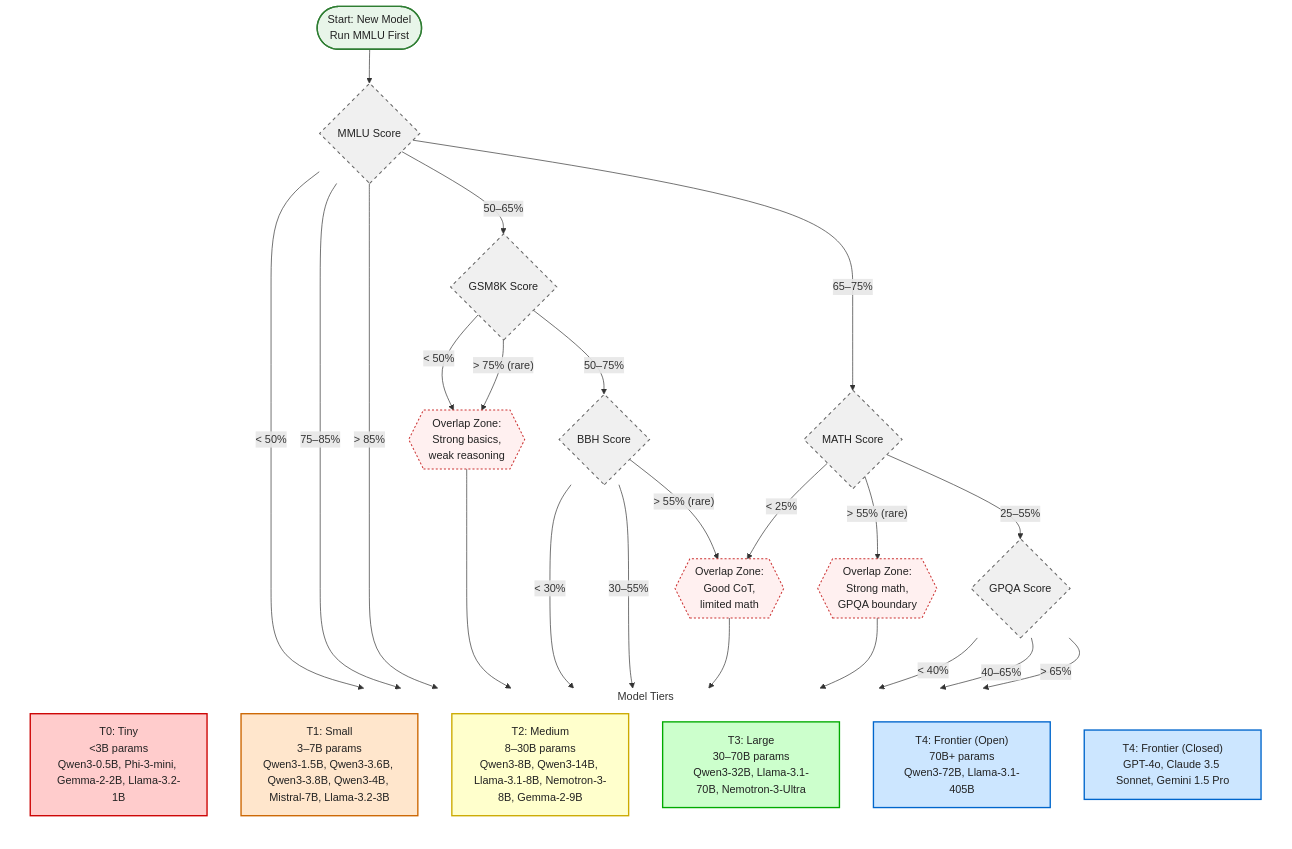
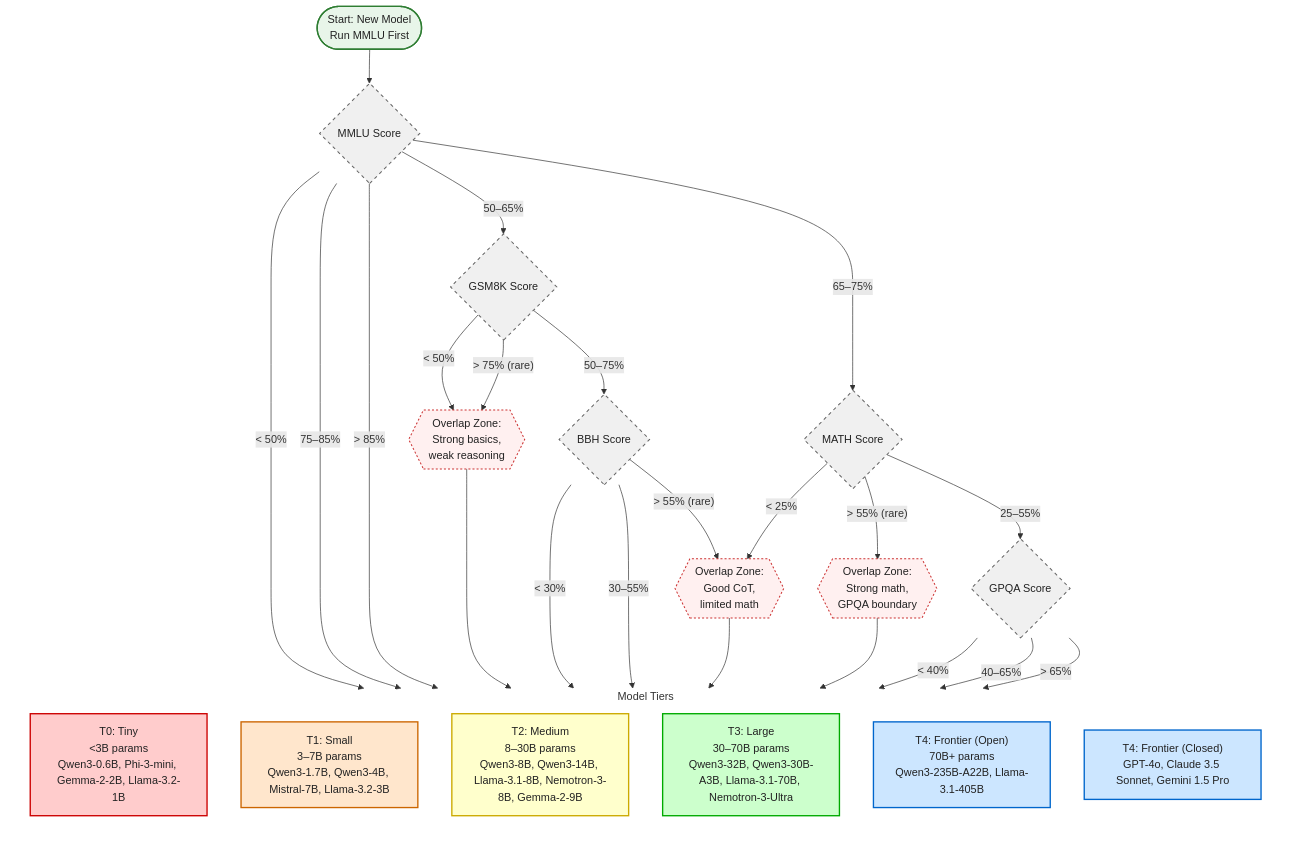
The first of 2 diagrams in llm-reasoning-benchmarks.md (cjl4hd/engineering-flow-charts), drawn with Mermaid before and after one commit. The commit also changed other lines of this file, not shown here.

Commit message:
Fix Qwen models: remove incorrect 3.6B/3.8B, add actual Qwen3.6/Qwen3.8 multimodal series info, correct Qwen3 sizes (0.6B, 1.7B, 4B, 8B, 14B, 32B, 30B-A3B, 235B-A22B)

````diff
--- a/llm-reasoning-benchmarks.md
+++ b/llm-reasoning-benchmarks.md
@@ -42,79 +42,79 @@
 ```mermaid
 %%{init: {'themeVariables': {'fontSize': '16px'}}}%%
 flowchart TD
     %% ===== LEFT COLUMN: Decision Gates =====
     Start([Start: New Model\nRun MMLU First])
     
     MMLU{MMLU Score}
     GSM8K{GSM8K Score}
     BBH{BBH Score}
     MATH{MATH Score}
     GPQA{GPQA Score}
     
     Overlap1{{Overlap Zone:\nStrong basics,\nweak reasoning}}
     Overlap2{{Overlap Zone:\nGood CoT,\nlimited math}}
     Overlap3{{Overlap Zone:\nStrong math,\nGPQA boundary}}
     
     %% ===== RIGHT COLUMN: Tier Results (aligned vertically) =====
     subgraph TIERS["Model Tiers"]
         direction TB
-        T0[T0: Tiny\n<3B params\nQwen3-0.5B, Phi-3-mini, Gemma-2-2B, Llama-3.2-1B]
-        T1[T1: Small\n3–7B params\nQwen3-1.5B, Qwen3-3.6B, Qwen3-3.8B, Qwen3-4B, Mistral-7B, Llama-3.2-3B]
+        T0[T0: Tiny\n<3B params\nQwen3-0.6B, Phi-3-mini, Gemma-2-2B, Llama-3.2-1B]
+        T1[T1: Small\n3–7B params\nQwen3-1.7B, Qwen3-4B, Mistral-7B, Llama-3.2-3B]
         T2[T2: Medium\n8–30B params\nQwen3-8B, Qwen3-14B, Llama-3.1-8B, Nemotron-3-8B, Gemma-2-9B]
-        T3[T3: Large\n30–70B params\nQwen3-32B, Llama-3.1-70B, Nemotron-3-Ultra]
-        T4open["T4: Frontier (Open)\n70B+ params\nQwen3-72B, Llama-3.1-405B"]
+        T3[T3: Large\n30–70B params\nQwen3-32B, Qwen3-30B-A3B, Llama-3.1-70B, Nemotron-3-Ultra]
+        T4open["T4: Frontier (Open)\n70B+ params\nQwen3-235B-A22B, Llama-3.1-405B"]
         T4closed["T4: Frontier (Closed)\nGPT-4o, Claude 3.5 Sonnet, Gemini 1.5 Pro"]
     end
     
     %% ===== EDGES =====
     Start --> MMLU
     
     MMLU -- "< 50%" --> T0
     MMLU -- "50–65%" --> GSM8K
     MMLU -- "65–75%" --> MATH
     MMLU -- "75–85%" --> T3
     MMLU -- "> 85%" --> T4closed
     
     GSM8K -- "< 50%" --> Overlap1
     GSM8K -- "50–75%" --> BBH
     GSM8K -- "> 75% (rare)" --> Overlap1
     
     Overlap1 --> T1
     
     BBH -- "< 30%" --> T1
     BBH -- "30–55%" --> T2
     BBH -- "> 55% (rare)" --> Overlap2
     
     Overlap2 --> T2
     
     MATH -- "< 25%" --> Overlap2
     MATH -- "25–55%" --> GPQA
     MATH -- "> 55% (rare)" --> Overlap3
     
     Overlap3 --> T3
     
     GPQA -- "< 40%" --> T3
     GPQA -- "40–65%" --> T4open
     GPQA -- "> 65%" --> T4closed
     
     %% ===== STYLING =====
     classDef tier0 fill:#ffcccc,stroke:#cc0000,stroke-width:2px,color:#222,font-size:16px;
     classDef tier1 fill:#ffe6cc,stroke:#cc6600,stroke-width:2px,color:#222,font-size:16px;
     classDef tier2 fill:#ffffcc,stroke:#ccaa00,stroke-width:2px,color:#222,font-size:16px;
     classDef tier3 fill:#ccffcc,stroke:#00aa00,stroke-width:2px,color:#222,font-size:16px;
     classDef tier4 fill:#cce6ff,stroke:#0066cc,stroke-width:2px,color:#222,font-size:16px;
     classDef gate fill:#f0f0f0,stroke:#666,stroke-width:1.5px,stroke-dasharray: 5 5,color:#222,font-size:16px;
     classDef overlap fill:#fff0f0,stroke:#cc3333,stroke-width:1.5px,stroke-dasharray: 3 3,color:#222,font-size:16px;
     classDef start fill:#e8f5e9,stroke:#2e7d32,stroke-width:2px,color:#222,font-size:16px;
     classDef tierBox fill:none,stroke:none;
     
     class T0 tier0;
     class T1 tier1;
     class T2 tier2;
     class T3 tier3;
     class T4open,T4closed tier4;
     class MMLU,GSM8K,BBH,MATH,GPQA gate;
     class Overlap1,Overlap2,Overlap3 overlap;
     class Start start;
     class TIERS tierBox;
 ```
````
